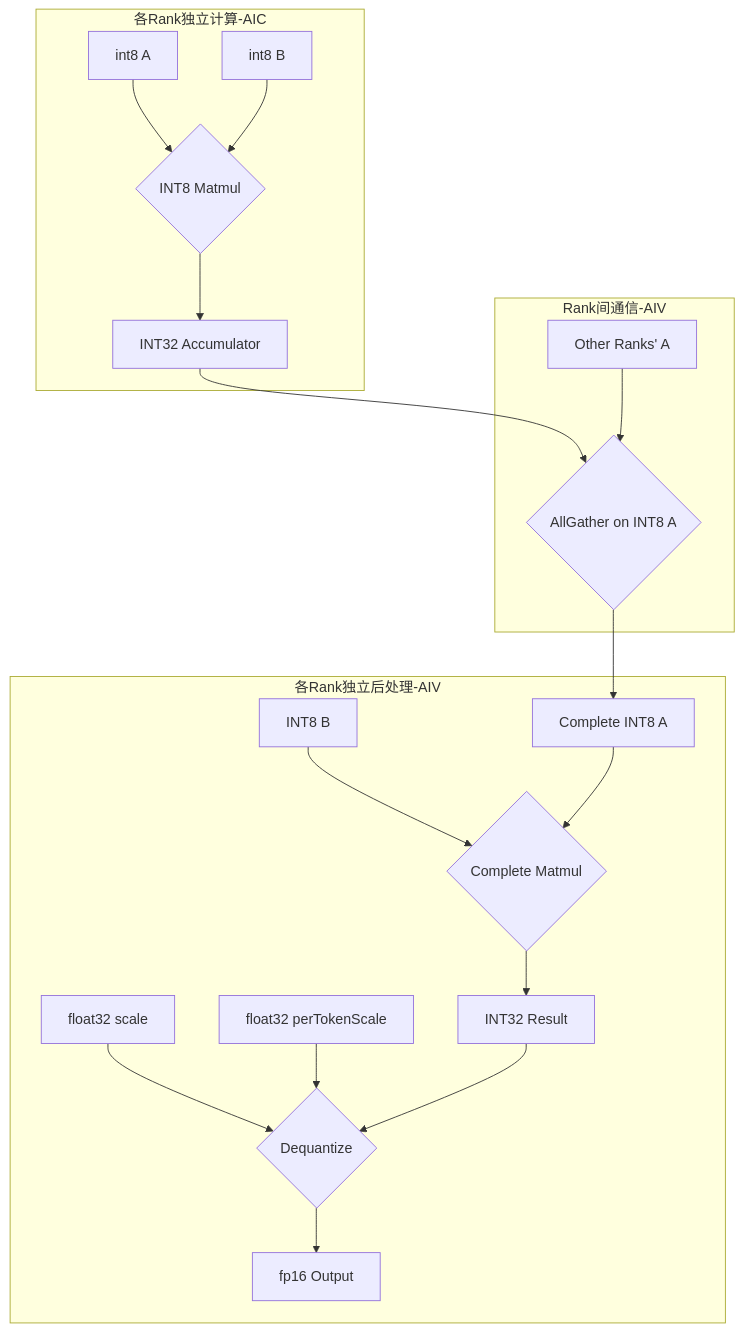
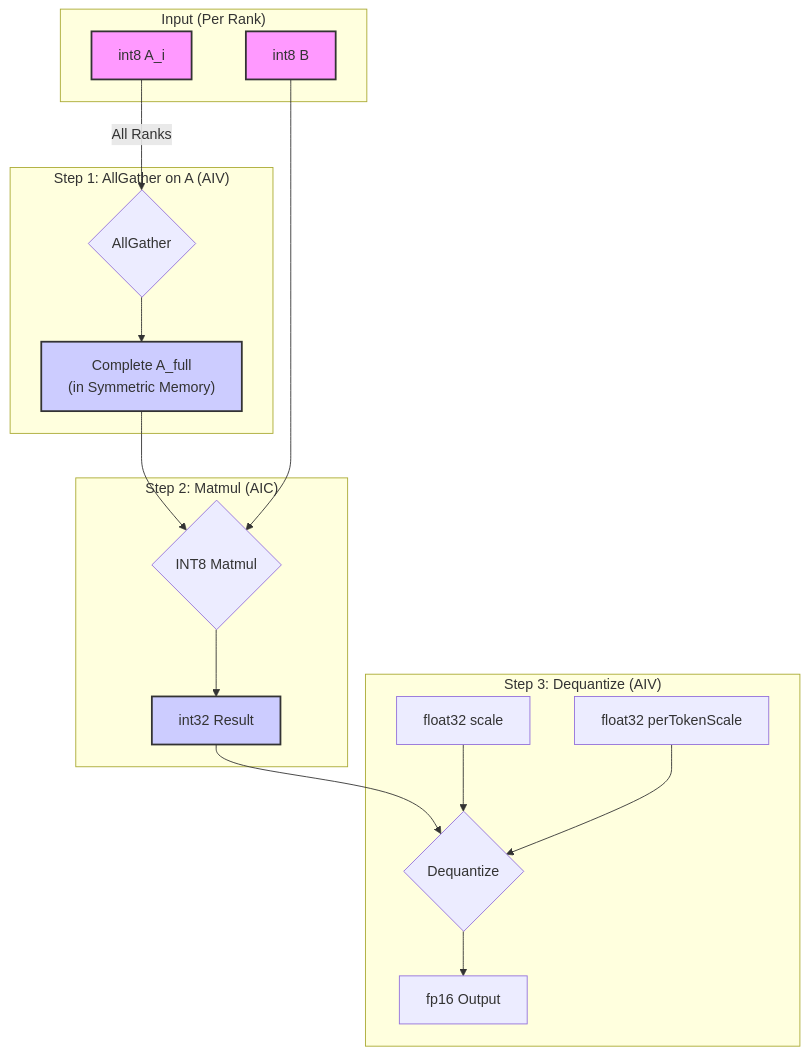
Before and after one commit to BillionsRichard/mm_rs_with_catlass: the first of 2 diagrams in examples/allgather_matmul_dequant/README.md, drawn with Mermaid. The commit also changed other lines of this file, not shown here.

````diff
--- a/examples/allgather_matmul_dequant/README.md
+++ b/examples/allgather_matmul_dequant/README.md
@@ -41,24 +46,29 @@
 ```mermaid
 graph TD
-    subgraph "各Rank独立计算-AIC"
-        A[int8 A] --> C{INT8 Matmul}
-        B[int8 B] --> C
-        C --> D[INT32 Accumulator]
+    subgraph "Input (Per Rank)"
+        A_i[int8 A_i]
+        B[int8 B]
     end
 
-    subgraph "Rank间通信-AIV"
-        D --> E{AllGather on INT8 A}
-        F[Other Ranks' A] --> E
+    subgraph "Step 1: AllGather on A (AIV)"
+        style A_i fill:#f9f,stroke:#333,stroke-width:2px
+        A_i -->|All Ranks| Comm{AllGather}
+        Comm --> A_full["Complete A_full<br/>(in Symmetric Memory)"]
     end
 
-    subgraph "各Rank独立后处理-AIV"
-        E --> G[Complete INT8 A]
-        H[INT8 B] --> I{Complete Matmul}
-        G --> I
-        I --> J[INT32 Result]
-        K[float32 scale] --> L{Dequantize}
-        M[float32 perTokenScale] --> L
-        J --> L
-        L --> N[fp16 Output]
+    subgraph "Step 2: Matmul (AIC)"
+        style A_full fill:#ccf,stroke:#333,stroke-width:2px
+        style B fill:#f9f,stroke:#333,stroke-width:2px
+        A_full --> Matmul{INT8 Matmul}
+        B --> Matmul
+        Matmul --> C_int32[int32 Result]
+    end
+
+    subgraph "Step 3: Dequantize (AIV)"
+        style C_int32 fill:#ccf,stroke:#333,stroke-width:2px
+        C_int32 --> Dequant{Dequantize}
+        scale[float32 scale] --> Dequant
+        perTokenScale[float32 perTokenScale] --> Dequant
+        Dequant --> D_fp16[fp16 Output]
     end
 ```
````
